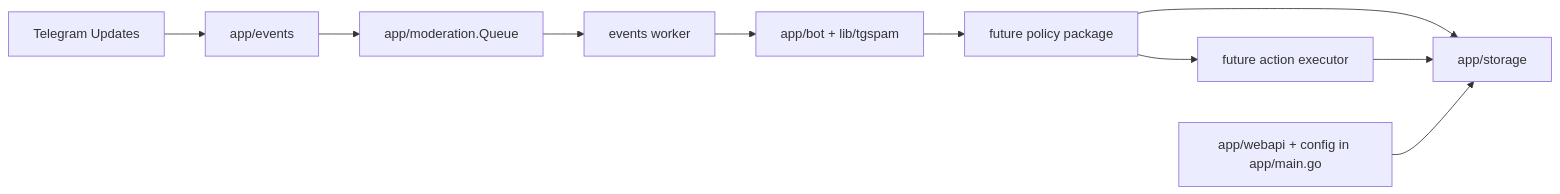
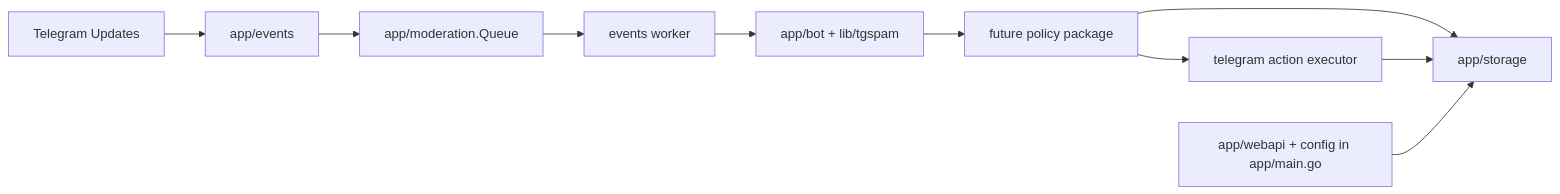
Before and after one commit to redstone-md/shield: the diagram in docs/ADR/ADR-0001-internal-moderation-pipeline-seams.md, drawn with Mermaid. The commit also changed other lines of this file and 9 other files, not shown here.

Commit message:
refactor: extract telegram action executor

````diff
--- a/docs/ADR/ADR-0001-internal-moderation-pipeline-seams.md
+++ b/docs/ADR/ADR-0001-internal-moderation-pipeline-seams.md
@@ -50,21 +52,21 @@
 ```mermaid
 flowchart LR
   TG[Telegram Updates]
   Gateway[app/events]
   Queue[app/moderation.Queue]
   Detection[app/bot + lib/tgspam]
   Policy[future policy package]
   Action[future action executor]
   Audit[app/storage]
   Control[app/webapi + config in app/main.go]
 
   TG --> Gateway
   Gateway --> Queue
   Queue --> Worker[events worker]
   Worker --> Detection
   Detection --> Policy
-  Policy --> Action
+  Policy --> Action[telegram action executor]
   Policy --> Audit
   Action --> Audit
   Control --> Audit
 ```
````
